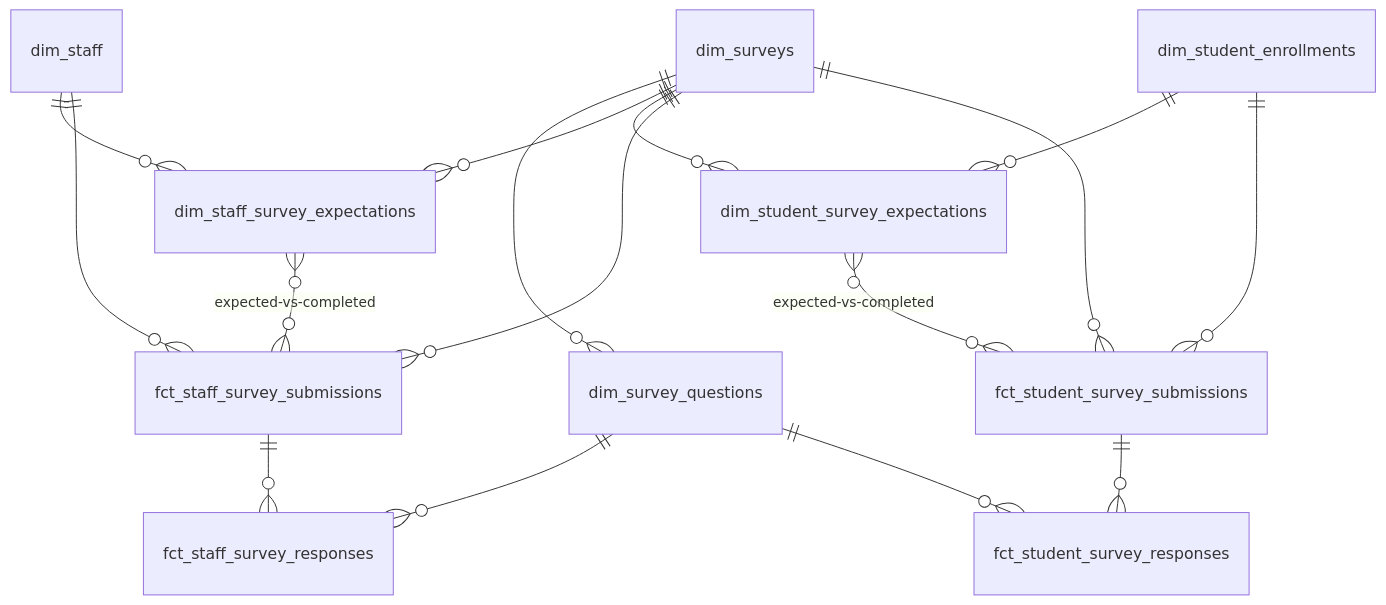
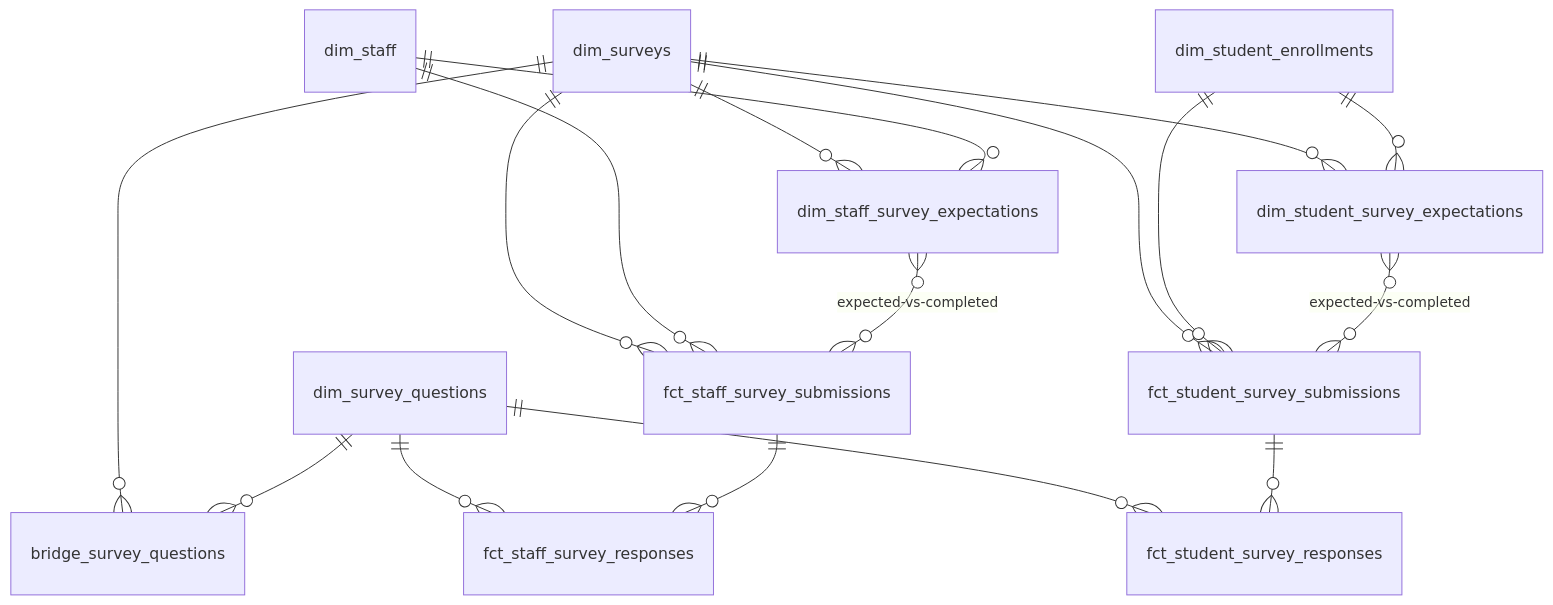
Before and after one commit to TEAMSchools/teamster: the ninth of 10 diagrams in docs/superpowers/specs/2026-03-27-star-schema-data-mart-design.md, drawn with Mermaid. The commit also changed other lines of this file, not shown here.

First line of the commit message:
docs: eliminate remaining star-schema diamonds and expand traversal exemptions

````diff
--- a/docs/superpowers/specs/2026-03-27-star-schema-data-mart-design.md
+++ b/docs/superpowers/specs/2026-03-27-star-schema-data-mart-design.md
@@ -648,18 +662,19 @@
 ```mermaid
 erDiagram
-    dim_surveys ||--o{ dim_survey_questions : ""
+    dim_surveys ||--o{ bridge_survey_questions : ""
+    dim_survey_questions ||--o{ bridge_survey_questions : ""
     dim_surveys ||--o{ dim_staff_survey_expectations : ""
     dim_surveys ||--o{ dim_student_survey_expectations : ""
     dim_surveys ||--o{ fct_staff_survey_submissions : ""
     dim_surveys ||--o{ fct_student_survey_submissions : ""
     dim_staff ||--o{ dim_staff_survey_expectations : ""
     dim_staff ||--o{ fct_staff_survey_submissions : ""
     dim_student_enrollments ||--o{ dim_student_survey_expectations : ""
     dim_student_enrollments ||--o{ fct_student_survey_submissions : ""
     dim_survey_questions ||--o{ fct_staff_survey_responses : ""
     dim_survey_questions ||--o{ fct_student_survey_responses : ""
     fct_staff_survey_submissions ||--o{ fct_staff_survey_responses : ""
     fct_student_survey_submissions ||--o{ fct_student_survey_responses : ""
     dim_staff_survey_expectations }o--o{ fct_staff_survey_submissions : "expected-vs-completed"
     dim_student_survey_expectations }o--o{ fct_student_survey_submissions : "expected-vs-completed"
 ```
````
